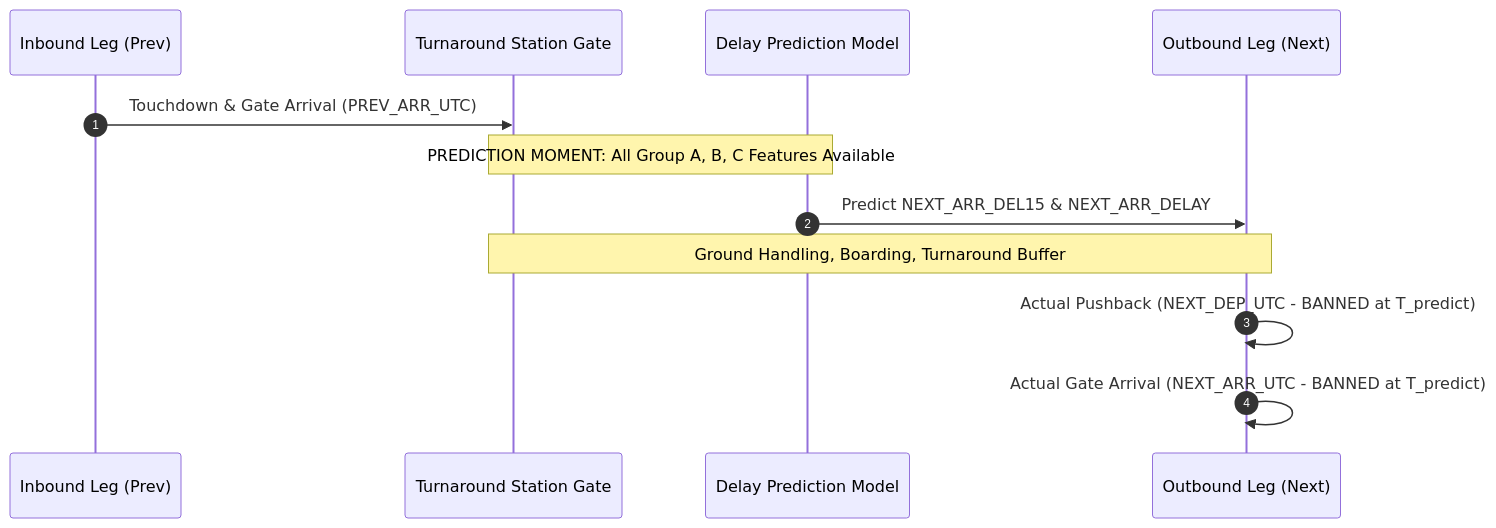
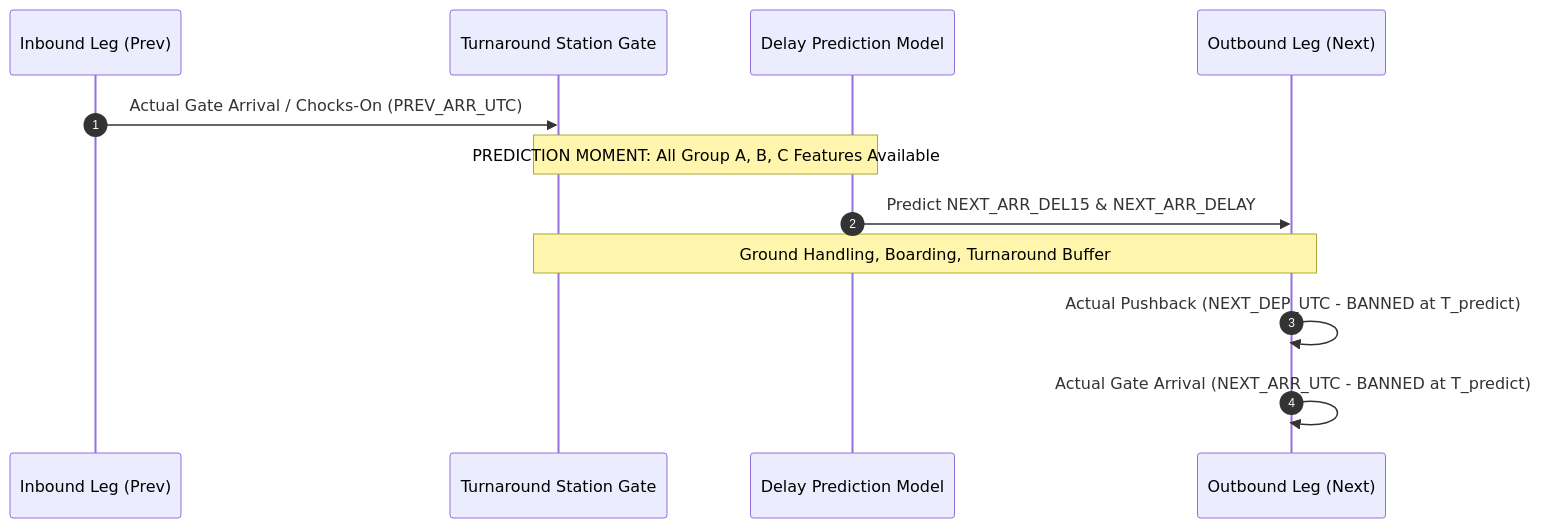
Before and after one commit to netxspider/Flight-Delay-Propagation: the second of 2 diagrams in results/tables/phase5_feature_validation.md, drawn with Mermaid. The commit also changed other lines of this file and 2 other files, not shown here.

Commit message:
Phase 5 Audit: Reconciled target std dev, audited gate arrival timestamps, and updated baseline model recommendations

````diff
--- a/results/tables/phase5_feature_validation.md
+++ b/results/tables/phase5_feature_validation.md
@@ -53,15 +53,15 @@
 ```mermaid
 sequenceDiagram
     autonumber
     participant Aircraft as Inbound Leg (Prev)
     participant Gate as Turnaround Station Gate
     participant Model as Delay Prediction Model
     participant Outbound as Outbound Leg (Next)
 
-    Aircraft->>Gate: Touchdown & Gate Arrival (PREV_ARR_UTC)
+    Aircraft->>Gate: Actual Gate Arrival / Chocks-On (PREV_ARR_UTC)
     Note over Gate,Model: PREDICTION MOMENT: All Group A, B, C Features Available
     Model->>Outbound: Predict NEXT_ARR_DEL15 & NEXT_ARR_DELAY
     Note over Gate,Outbound: Ground Handling, Boarding, Turnaround Buffer
     Outbound->>Outbound: Actual Pushback (NEXT_DEP_UTC - BANNED at T_predict)
     Outbound->>Outbound: Actual Gate Arrival (NEXT_ARR_UTC - BANNED at T_predict)
 ```
````
